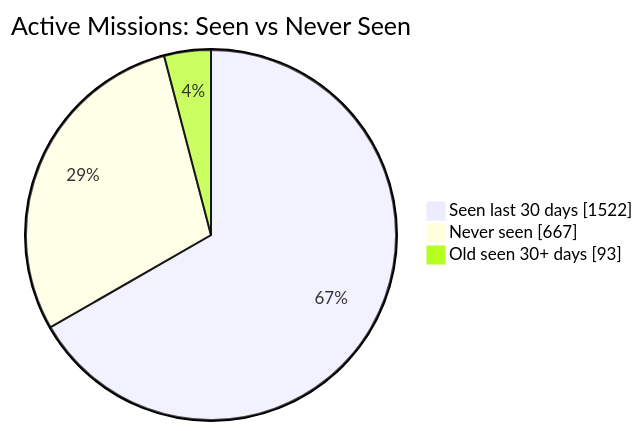
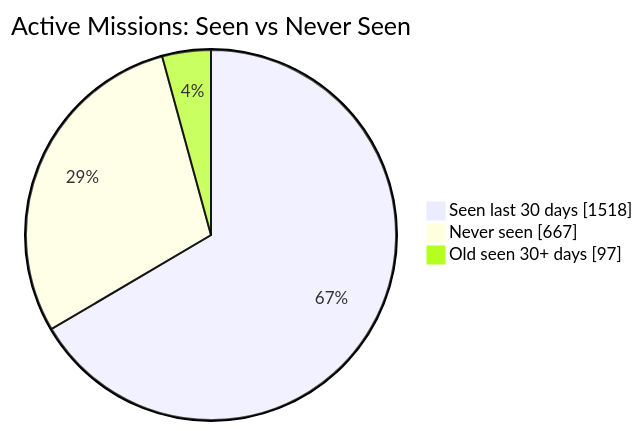
Before and after one commit to MeldkamerspelGameTeam/active-missions: the first of 2 diagrams in README.md, drawn with Mermaid. The commit also changed other lines of this file and 2 other files, not shown here.

````diff
--- a/README.md
+++ b/README.md
@@ -34,7 +34,7 @@
 ```mermaid
 pie showData
     title Active Missions: Seen vs Never Seen
-    "Seen last 30 days" : 1522
+    "Seen last 30 days" : 1518
     "Never seen" : 667
-    "Old seen 30+ days" : 93
+    "Old seen 30+ days" : 97
 ```
````
